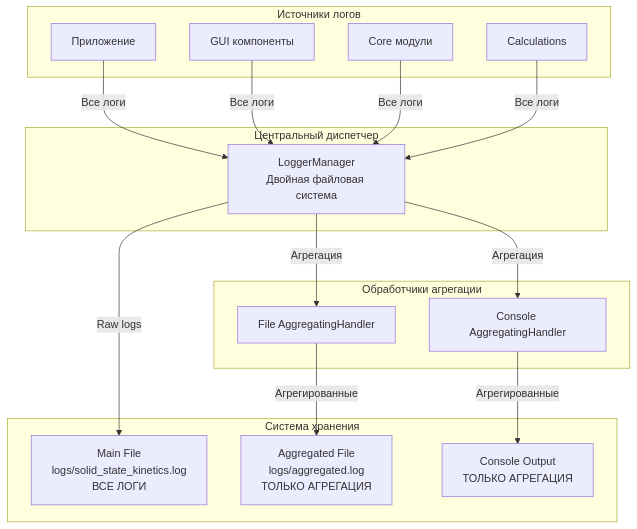
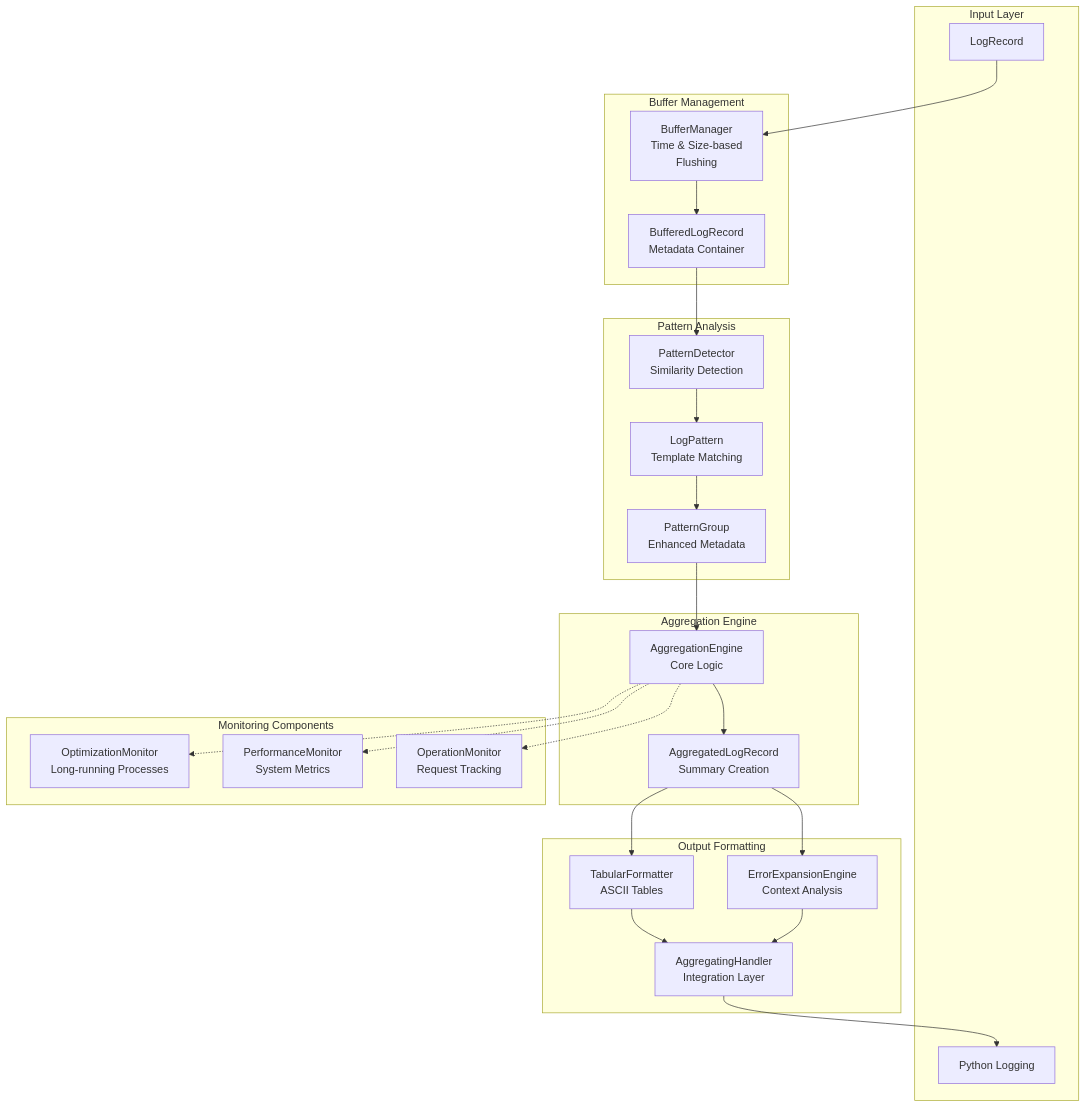
One commit to davjdk/Open_ThermoKinetics changed the diagram in LOGGERS_ARCHITECTURE.md. Above: the diagram before and after it, drawn with Mermaid. The commit also changed other lines of this file, not shown here.

Commit message:
feat: Translate and enhance log aggregation architecture documentation for clarity and structure

````diff
--- a/LOGGERS_ARCHITECTURE.md
+++ b/LOGGERS_ARCHITECTURE.md
@@ -30,36 +24,52 @@
 ```mermaid
 graph TB
-    subgraph "Источники логов"
-        APP[Приложение]
-        GUI[GUI компоненты]
-        CORE[Core модули]
-        CALC[Calculations]
+    subgraph "Input Layer"
+        LR[LogRecord] 
+        PL[Python Logging]
     end
     
-    subgraph "Центральный диспетчер"
-        LM[LoggerManager<br/>Двойная файловая система]
+    subgraph "Buffer Management"
+        BM[BufferManager<br/>Time & Size-based<br/>Flushing]
+        BR[BufferedLogRecord<br/>Metadata Container]
     end
     
-    subgraph "Обработчики агрегации"
-        CAH[Console AggregatingHandler]
-        FAH[File AggregatingHandler]
+    subgraph "Pattern Analysis"
+        PD[PatternDetector<br/>Similarity Detection]
+        LP[LogPattern<br/>Template Matching]
+        PG[PatternGroup<br/>Enhanced Metadata]
     end
     
-    subgraph "Система хранения"
-        MF[Main File<br/>logs/solid_state_kinetics.log<br/>ВСЕ ЛОГИ]
-        AF[Aggregated File<br/>logs/aggregated.log<br/>ТОЛЬКО АГРЕГАЦИЯ]
-        CONSOLE[Console Output<br/>ТОЛЬКО АГРЕГАЦИЯ]
+    subgraph "Aggregation Engine"
+        AE[AggregationEngine<br/>Core Logic]
+        ALR[AggregatedLogRecord<br/>Summary Creation]
     end
     
-    APP -->|Все логи| LM
-    GUI -->|Все логи| LM
-    CORE -->|Все логи| LM
-    CALC -->|Все логи| LM
+    subgraph "Output Formatting"
+        TF[TabularFormatter<br/>ASCII Tables]
+        EE[ErrorExpansionEngine<br/>Context Analysis]
+        RH[AggregatingHandler<br/>Integration Layer]
+    end
     
-    LM -->|Raw logs| MF
-    LM -->|Агрегация| CAH
-    LM -->|Агрегация| FAH
+    subgraph "Monitoring Components"
+        OM[OptimizationMonitor<br/>Long-running Processes]
+        PM[PerformanceMonitor<br/>System Metrics]
+        OPM[OperationMonitor<br/>Request Tracking]
+    end
     
-    CAH -->|Агрегированные| CONSOLE
-    FAH -->|Агрегированные| AF
+    LR --> BM
+    BM --> BR
+    BR --> PD
+    PD --> LP
+    LP --> PG
+    PG --> AE
+    AE --> ALR
+    ALR --> TF
+    ALR --> EE
+    TF --> RH
+    EE --> RH
+    RH --> PL
+    
+    AE -.-> OM
+    AE -.-> PM
+    AE -.-> OPM
 ```
````
